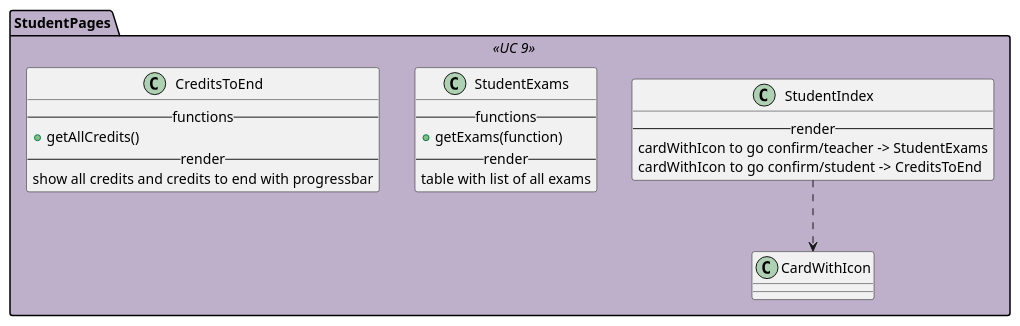
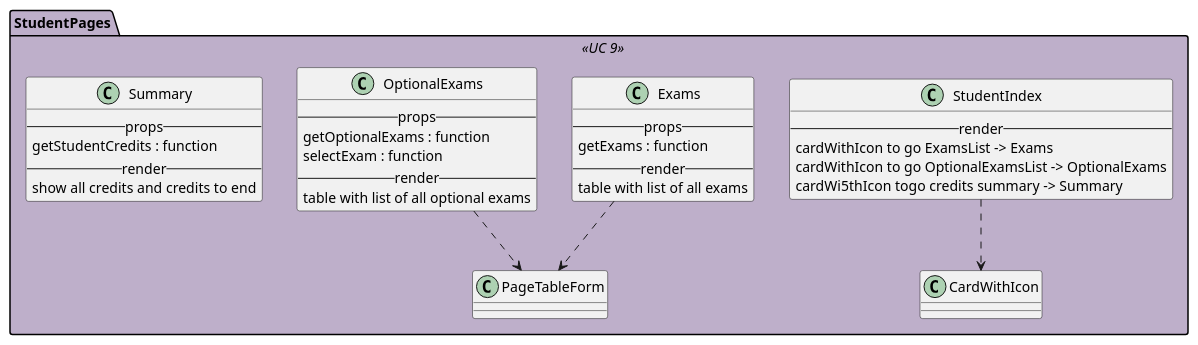
The diagram in react/student/index.iuml (M9k/Marvin-Uml), drawn with PlantUML before and after one commit.

Commit message:
student :pencil2:

```diff
--- a/react/student/index.iuml
+++ b/react/student/index.iuml
@@ -1,28 +1,39 @@
 skinparam package<<UC 9>> {
     backgroundColor #beafca
 }
 
 package StudentPages <<UC 9>> {
 
 class StudentIndex{
     --render--
-        cardWithIcon to go confirm/teacher -> StudentExams
-        cardWithIcon to go confirm/student -> CreditsToEnd
+        cardWithIcon to go ExamsList -> Exams
+        cardWithIcon to go OptionalExamsList -> OptionalExams
+        cardWi5thIcon togo credits summary -> Summary
 }
 StudentIndex ..> CardWithIcon
 
-class StudentExams{
-    --functions--
-        + getExams(function)
+class Exams{
+    --props--
+        getExams : function
     --render--
         table with list of all exams
 }
+Exams ..> PageTableForm
 
-class CreditsToEnd{
-    --functions--
-        +getAllCredits()
+class OptionalExams{
+    --props--
+        getOptionalExams : function
+        selectExam : function
     --render--
-        show all credits and credits to end with progressbar
+        table with list of all optional exams
+}
+OptionalExams ..> PageTableForm
+
+class Summary{
+    --props--
+        getStudentCredits : function
+    --render--
+        show all credits and credits to end
 }
 
 }
```
